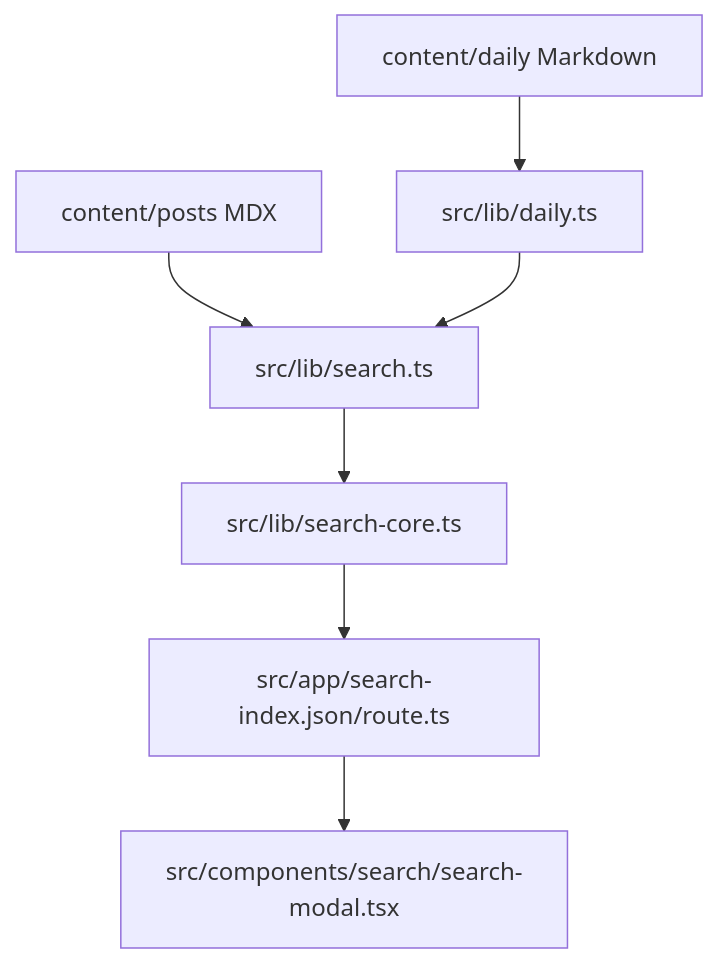
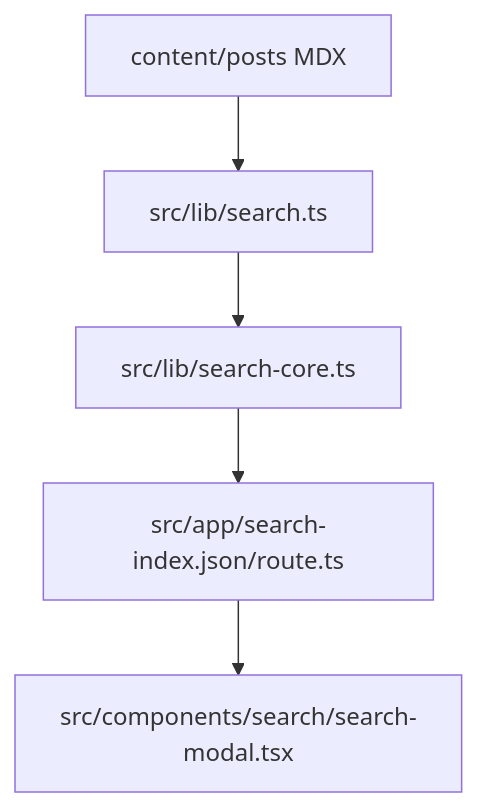
One commit to deweyou/deweyou.me changed the diagram in docs/search-system.md. Above: the diagram before and after it, drawn with Mermaid. The commit also changed other lines of this file and 287 other files, not shown here.

````diff
--- a/docs/search-system.md
+++ b/docs/search-system.md
@@ -3,9 +3,7 @@
 ```mermaid
 flowchart TD
     Posts[content/posts MDX] --> SearchDocs[src/lib/search.ts]
-    Daily[content/daily Markdown] --> DailyReader[src/lib/daily.ts]
-    DailyReader --> SearchDocs
     SearchDocs --> Payload[src/lib/search-core.ts]
     Payload --> Route[src/app/search-index.json/route.ts]
     Route --> Modal[src/components/search/search-modal.tsx]
 ```
````
